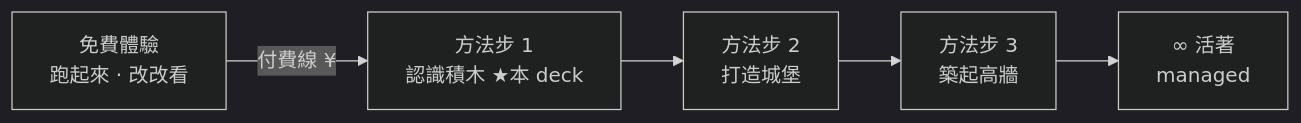
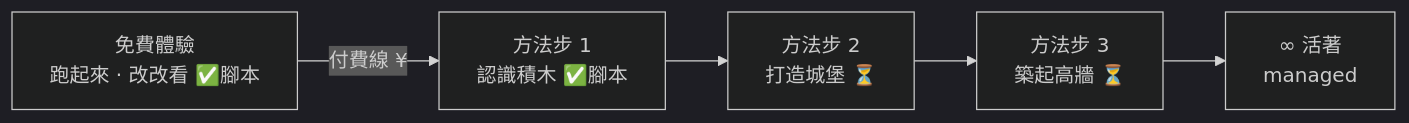
Before and after one commit to AI-Yorozuya/lean-stack: the diagram in teaching/README.md, drawn with Mermaid (dark theme). The commit also changed other lines of this file and 3 other files, not shown here.

````diff
--- a/teaching/README.md
+++ b/teaching/README.md
@@ -16,7 +15,7 @@
 ```mermaid
 flowchart LR
-    F["免費體驗<br/>跑起來 · 改改看"] -->|付費線 ¥| B1
-    B1["方法步 1<br/>認識積木 ★本 deck"] --> B2
-    B2["方法步 2<br/>打造城堡"] --> B3
-    B3["方法步 3<br/>築起高牆"] --> M["∞ 活著<br/>managed"]
+    F["免費體驗<br/>跑起來 · 改改看 ✅腳本"] -->|付費線 ¥| B1
+    B1["方法步 1<br/>認識積木 ✅腳本"] --> B2
+    B2["方法步 2<br/>打造城堡 ⏳"] --> B3
+    B3["方法步 3<br/>築起高牆 ⏳"] --> M["∞ 活著<br/>managed"]
 ```
````
